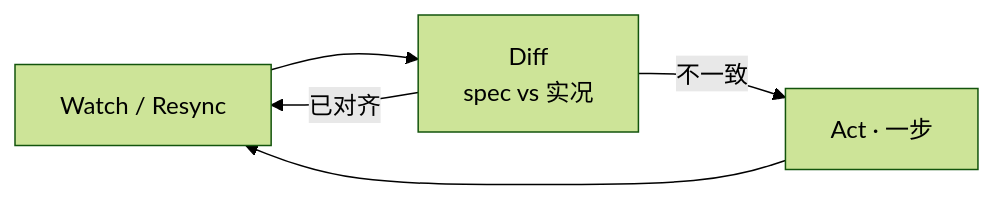
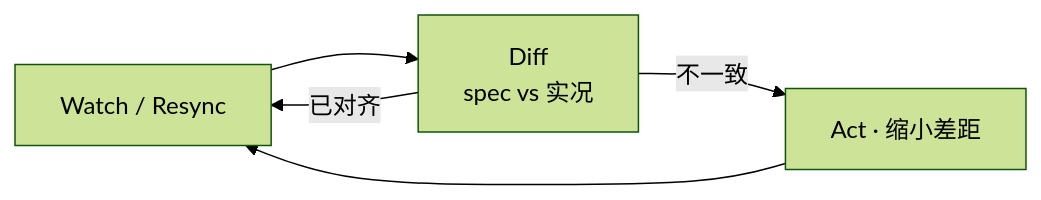
Before and after one commit to xiaxinyu/knowledge_base: the third of 6 diagrams in 20-architecture/23-kubernetes-control-plane-doctrine.md, drawn with Mermaid (forest theme). The commit also changed other lines of this file, not shown here.

````diff
--- a/20-architecture/23-kubernetes-control-plane-doctrine.md
+++ b/20-architecture/23-kubernetes-control-plane-doctrine.md
@@ -321,8 +322,8 @@
 ```mermaid
 %% 调谐循环：观察 → 对比 → 行动 → 再观察；永不停止
 flowchart LR
   W["Watch / Resync"] --> D["Diff<br/>spec vs 实况"]
-  D -->|"不一致"| A["Act · 一步"]
+  D -->|"不一致"| A["Act · 缩小差距"]
   D -->|"已对齐"| W
   A --> W
 ```
````
